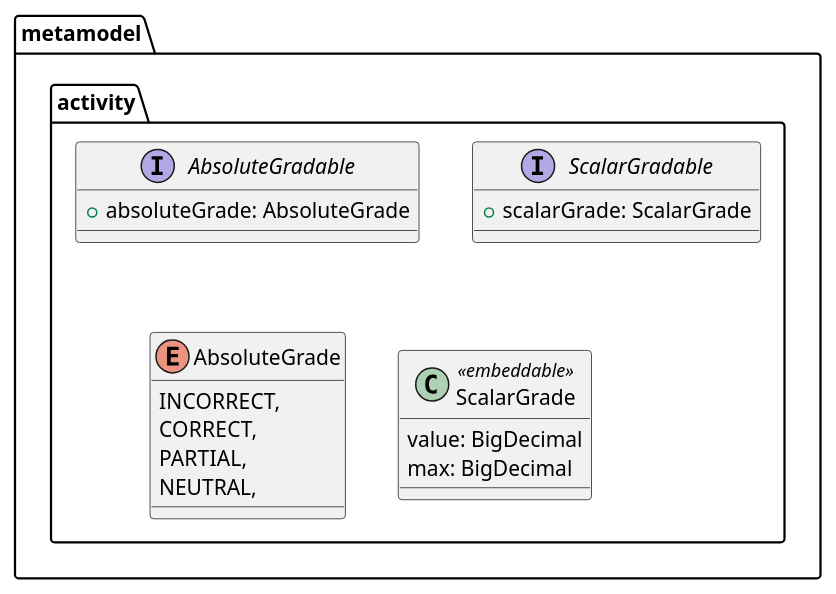
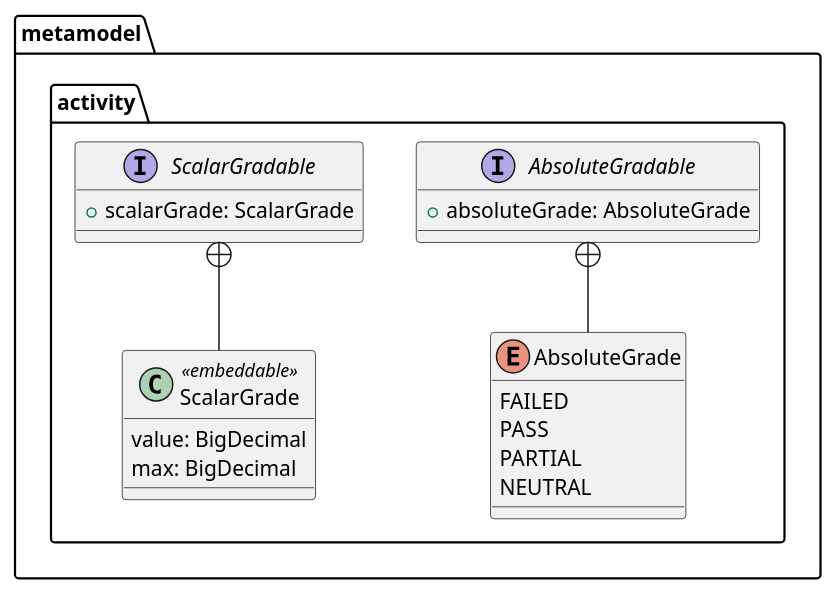
One commit to elaastic/ElaastiX changed the diagram in docs/technical/uml/metamodel/activity.puml. Above: the diagram before and after it, drawn with PlantUML. The commit also changed 7 other files, not shown here.

```diff
--- a/docs/technical/uml/metamodel/activity.puml
+++ b/docs/technical/uml/metamodel/activity.puml
@@ -1,26 +1,29 @@
 @startuml
 'https://plantuml.com/class-diagram
 
 package metamodel.activity {
 	interface AbsoluteGradable {
 		+absoluteGrade: AbsoluteGrade
 	}
 
 	interface ScalarGradable {
 		+scalarGrade: ScalarGrade
 	}
 
 	enum AbsoluteGrade {
-		INCORRECT,
-		CORRECT,
-		PARTIAL,
-		NEUTRAL,
+		FAILED
+		PASS
+		PARTIAL
+		NEUTRAL
 	}
 
 	class ScalarGrade <<embeddable>> {
 		value: BigDecimal
 		max: BigDecimal
 	}
+
+	AbsoluteGradable +-- AbsoluteGrade
+	ScalarGradable +-- ScalarGrade
 }
 
 @enduml
```
